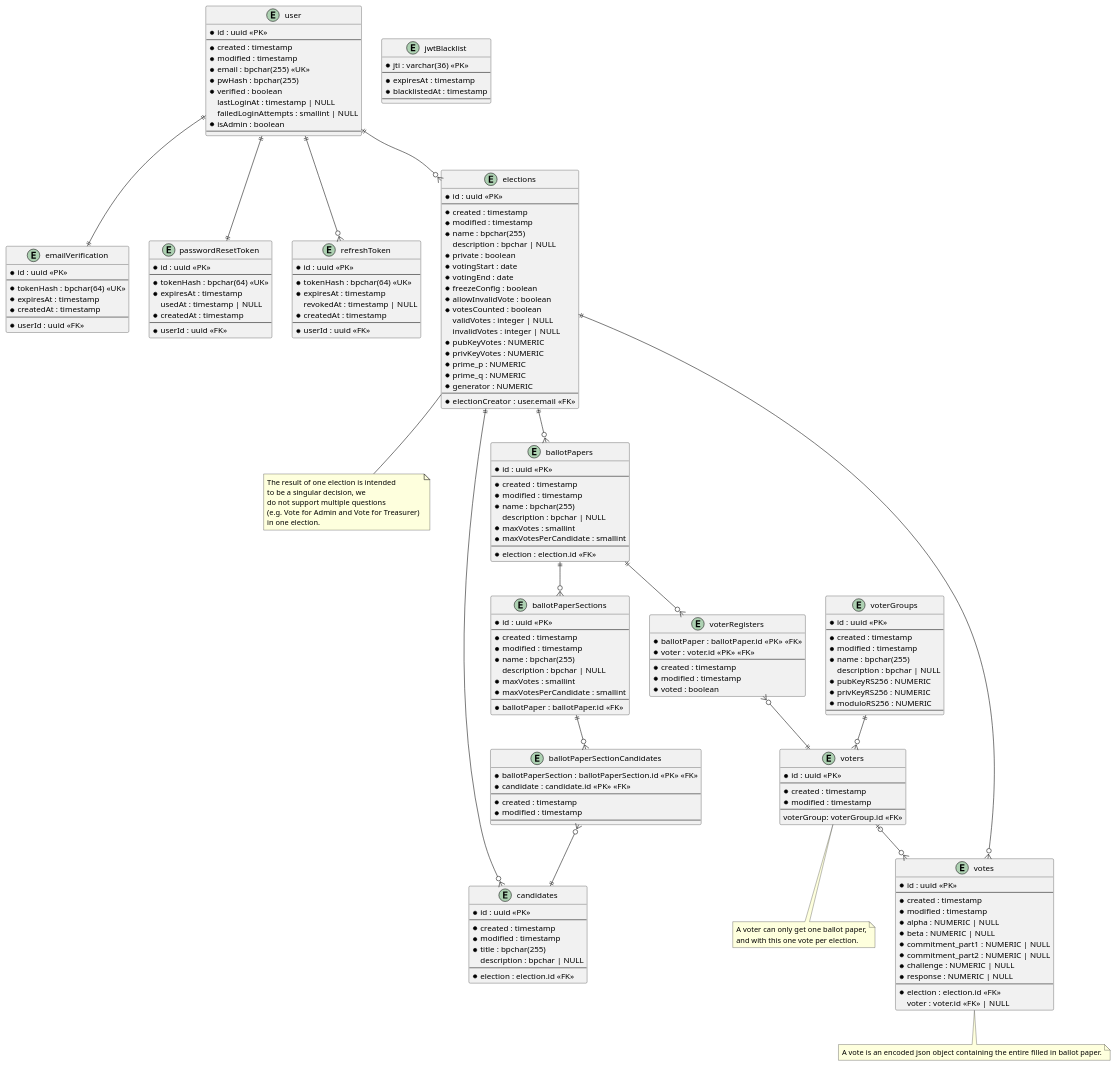
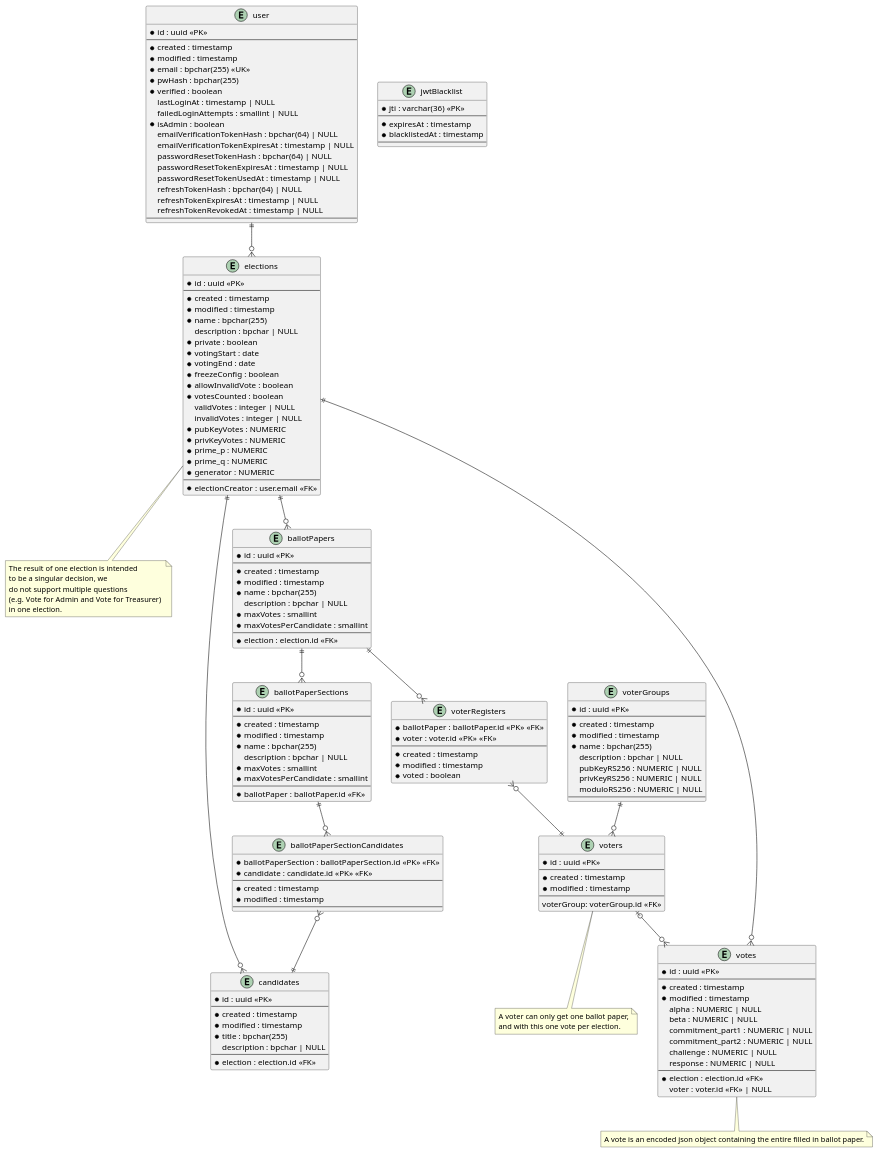
The diagram in apps/docs/static/uml/dataModel.puml (SE-UUlm/votura), drawn with PlantUML before and after one commit.

Commit message:
#63: remove 1 to 1 relations in datamodel
Only the last valid refresh token per user gets saved. Any other refresh token gets ignored.

```diff
--- a/apps/docs/static/uml/dataModel.puml
+++ b/apps/docs/static/uml/dataModel.puml
@@ -11,39 +11,15 @@
     lastLoginAt : timestamp | NULL
     failedLoginAttempts : smallint | NULL
     * isAdmin : boolean
+    emailVerificationTokenHash : bpchar(64) | NULL
+    emailVerificationTokenExpiresAt : timestamp | NULL
+    passwordResetTokenHash : bpchar(64) | NULL
+    passwordResetTokenExpiresAt : timestamp | NULL
+    passwordResetTokenUsedAt : timestamp | NULL
+    refreshTokenHash : bpchar(64) | NULL
+    refreshTokenExpiresAt : timestamp | NULL
+    refreshTokenRevokedAt : timestamp | NULL
     --
-}
-
-entity "emailVerification" as emailVerification {
-    * id : uuid <<PK>>
-    --
-    * tokenHash : bpchar(64) <<UK>>
-    * expiresAt : timestamp
-    * createdAt : timestamp
-    --
-    * userId : uuid <<FK>>
-}
-
-entity "passwordResetToken" as passwordResetToken {
-    * id : uuid <<PK>>
-    --
-    * tokenHash : bpchar(64) <<UK>>
-    * expiresAt : timestamp
-    usedAt : timestamp | NULL
-    * createdAt : timestamp
-    --
-    * userId : uuid <<FK>>
-}
-
-entity "refreshToken" as refreshToken {
-    * id : uuid <<PK>>
-    --
-    * tokenHash : bpchar(64) <<UK>>
-    * expiresAt : timestamp
-    revokedAt : timestamp | NULL
-    * createdAt : timestamp
-    --
-    * userId : uuid <<FK>>
 }
 
 entity "jwtBlacklist" as jwtBlacklist {
@@ -146,12 +122,12 @@
     --
     * created : timestamp
     * modified : timestamp
-    * alpha : NUMERIC | NULL
-    * beta : NUMERIC | NULL
-    * commitment_part1 : NUMERIC | NULL
-    * commitment_part2 : NUMERIC | NULL
-    * challenge : NUMERIC | NULL
-    * response : NUMERIC | NULL
+    alpha : NUMERIC | NULL
+    beta : NUMERIC | NULL
+    commitment_part1 : NUMERIC | NULL
+    commitment_part2 : NUMERIC | NULL
+    challenge : NUMERIC | NULL
+    response : NUMERIC | NULL
     --
     * election : election.id <<FK>>
     ' if the vote isn't secret, voter can be saved
@@ -190,16 +166,13 @@
     * modified : timestamp
     * name : bpchar(255)
     description : bpchar | NULL
-    * pubKeyRS256 : NUMERIC
-    * privKeyRS256 : NUMERIC
-    * moduloRS256 : NUMERIC
+    pubKeyRS256 : NUMERIC | NULL
+    privKeyRS256 : NUMERIC | NULL
+    moduloRS256 : NUMERIC | NULL
     --
 }
 
 user ||--o{ elections
-user ||--|| emailVerification
-user ||--|| passwordResetToken
-user ||--o{ refreshToken
 elections ||--o{ ballotPapers
 elections -- N2
 elections ||--o{ candidates
```
